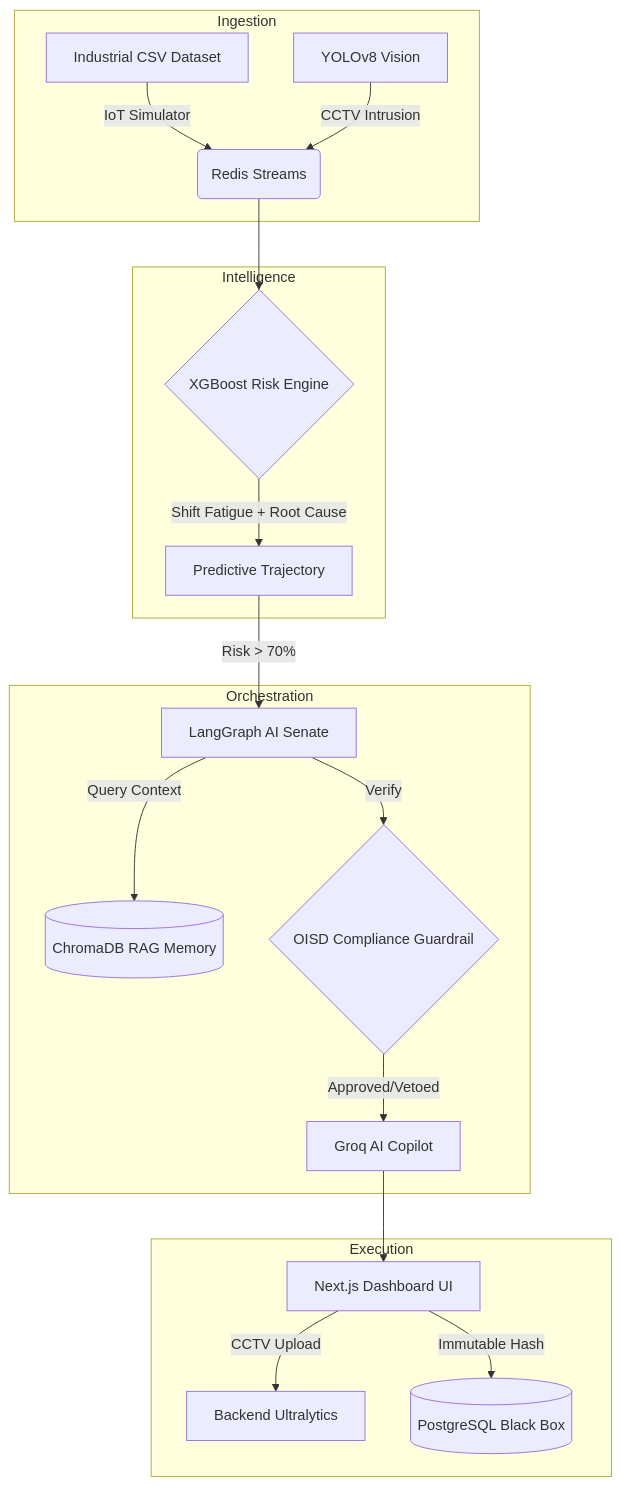
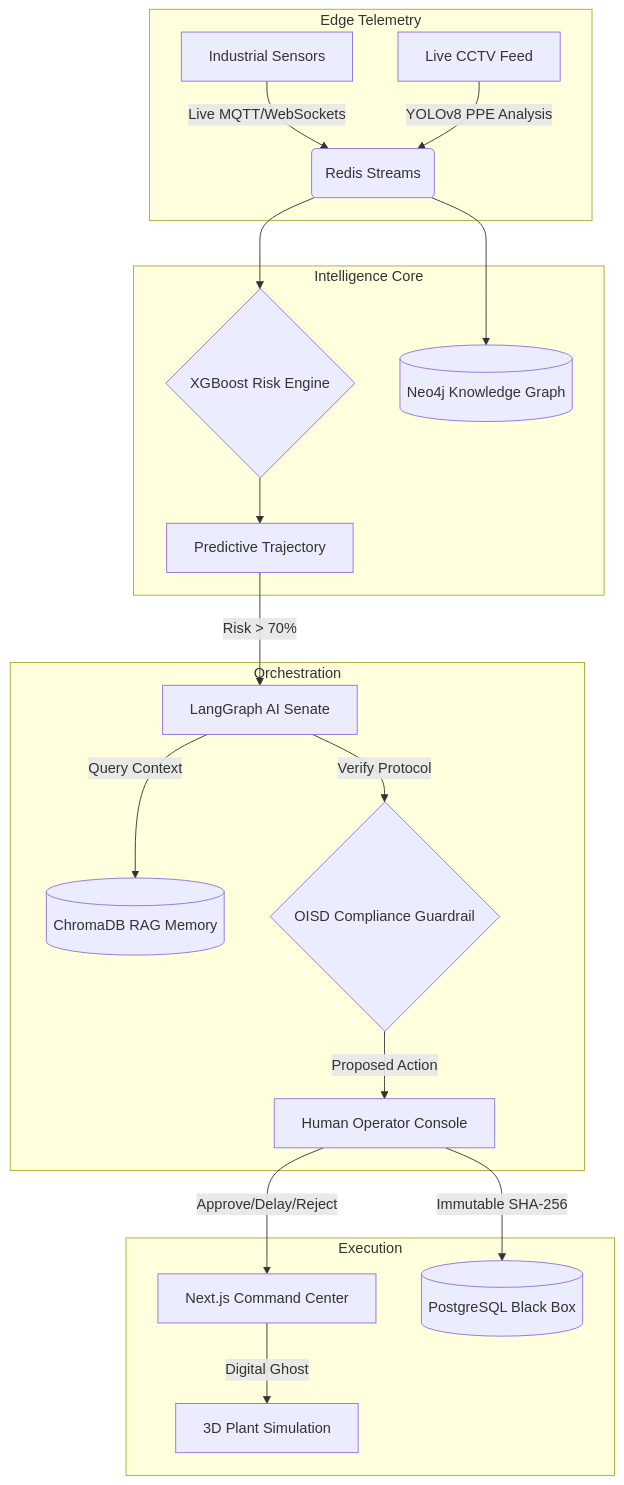
The diagram in README.md (bhargavatejagolla/SENTINEL--), drawn with Mermaid before and after one commit. The commit also changed other lines of this file and 10 other files, not shown here.

Commit message:
Enhance docs and UI architecture for ET Hackathon Grand Finale

````diff
--- a/README.md
+++ b/README.md
@@ -66,25 +73,26 @@
 ```mermaid
 graph TD
-    subgraph Ingestion
-    A[Industrial CSV Dataset] --> |IoT Simulator| C(Redis Streams)
-    B[YOLOv8 Vision] --> |CCTV Intrusion| C
+    subgraph Edge Telemetry
+    A[Industrial Sensors] --> |Live MQTT/WebSockets| C(Redis Streams)
+    B[Live CCTV Feed] --> |YOLOv8 PPE Analysis| C
     end
     
-    subgraph Intelligence
+    subgraph Intelligence Core
     C --> D{XGBoost Risk Engine}
-    D --> |Shift Fatigue + Root Cause| E[Predictive Trajectory]
+    C --> N[(Neo4j Knowledge Graph)]
+    D --> E[Predictive Trajectory]
     end
     
     subgraph Orchestration
     E --> |Risk > 70%| F[LangGraph AI Senate]
     F --> |Query Context| G[(ChromaDB RAG Memory)]
-    F --> |Verify| H{OISD Compliance Guardrail}
-    H --> |Approved/Vetoed| I[Groq AI Copilot]
+    F --> |Verify Protocol| H{OISD Compliance Guardrail}
+    H --> |Proposed Action| I[Human Operator Console]
     end
     
     subgraph Execution
-    I --> J[Next.js Dashboard UI]
-    J --> |CCTV Upload| K[Backend Ultralytics]
-    J --> |Immutable Hash| L[(PostgreSQL Black Box)]
+    I --> |Approve/Delay/Reject| J[Next.js Command Center]
+    I --> |Immutable SHA-256| L[(PostgreSQL Black Box)]
+    J --> |Digital Ghost| K[3D Plant Simulation]
     end
 ```
````
